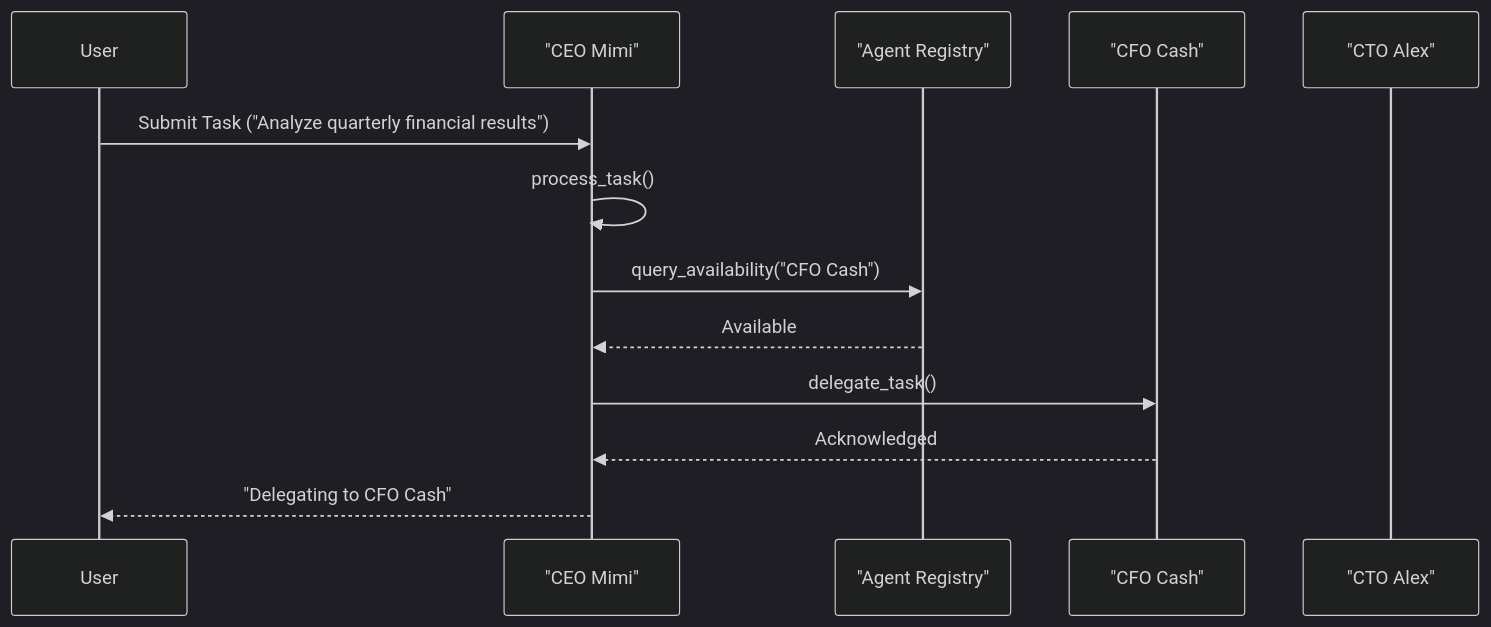
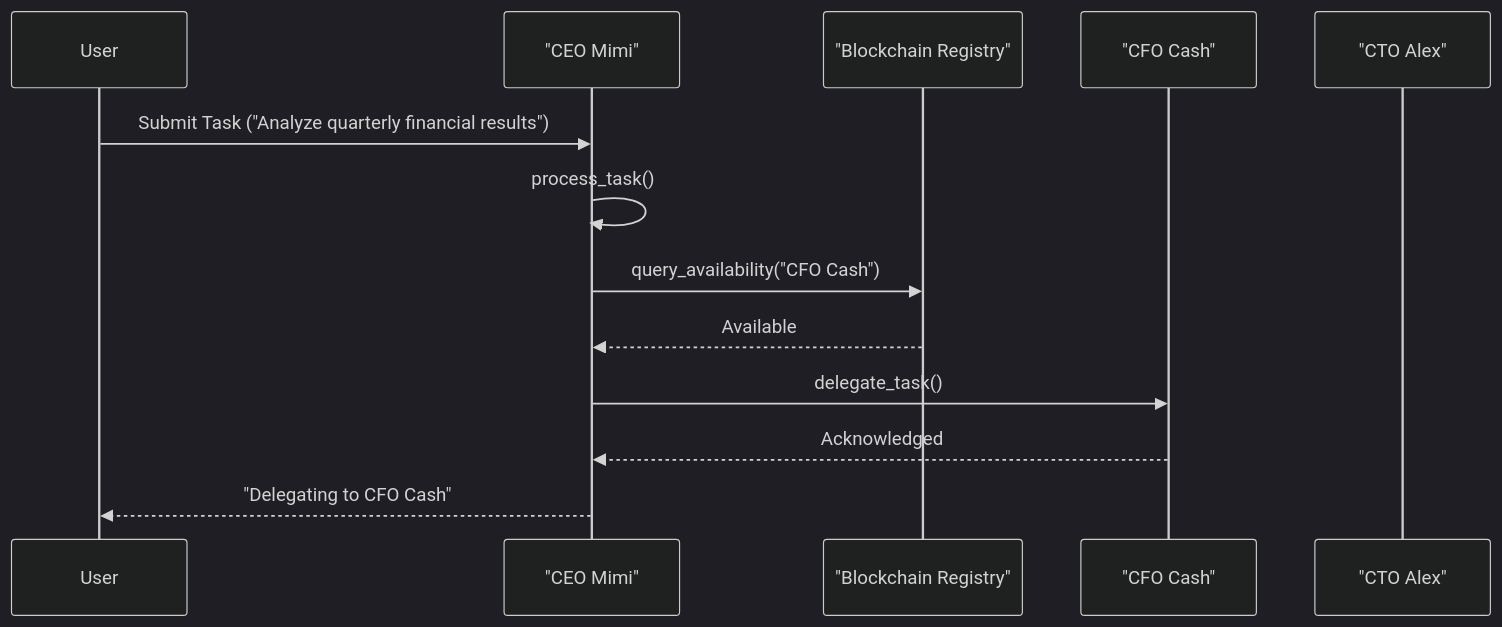
The fourth of 6 diagrams in .qoder/repowiki/en/content/CEO Agent (Mimi).md (371-Minds/os), drawn with Mermaid (dark theme) before and after one commit. The commit also changed other lines of this file and 30 other files, not shown here.

````diff
--- a/.qoder/repowiki/en/content/CEO Agent (Mimi).md
+++ b/.qoder/repowiki/en/content/CEO Agent (Mimi).md
@@ -125,15 +133,15 @@
 ```mermaid
 sequenceDiagram
 participant User
 participant CEOAgent as "CEO Mimi"
-participant AgentRegistry as "Agent Registry"
+participant BlockchainRegistry as "Blockchain Registry"
 participant CFOServer as "CFO Cash"
 participant CTOServer as "CTO Alex"
 User->>CEOAgent : Submit Task ("Analyze quarterly financial results")
 CEOAgent->>CEOAgent : process_task()
-CEOAgent->>AgentRegistry : query_availability("CFO Cash")
-AgentRegistry-->>CEOAgent : Available
+CEOAgent->>BlockchainRegistry : query_availability("CFO Cash")
+BlockchainRegistry-->>CEOAgent : Available
 CEOAgent->>CFOServer : delegate_task()
 CFOServer-->>CEOAgent : Acknowledged
 CEOAgent-->>User : "Delegating to CFO Cash"
 ```
````
